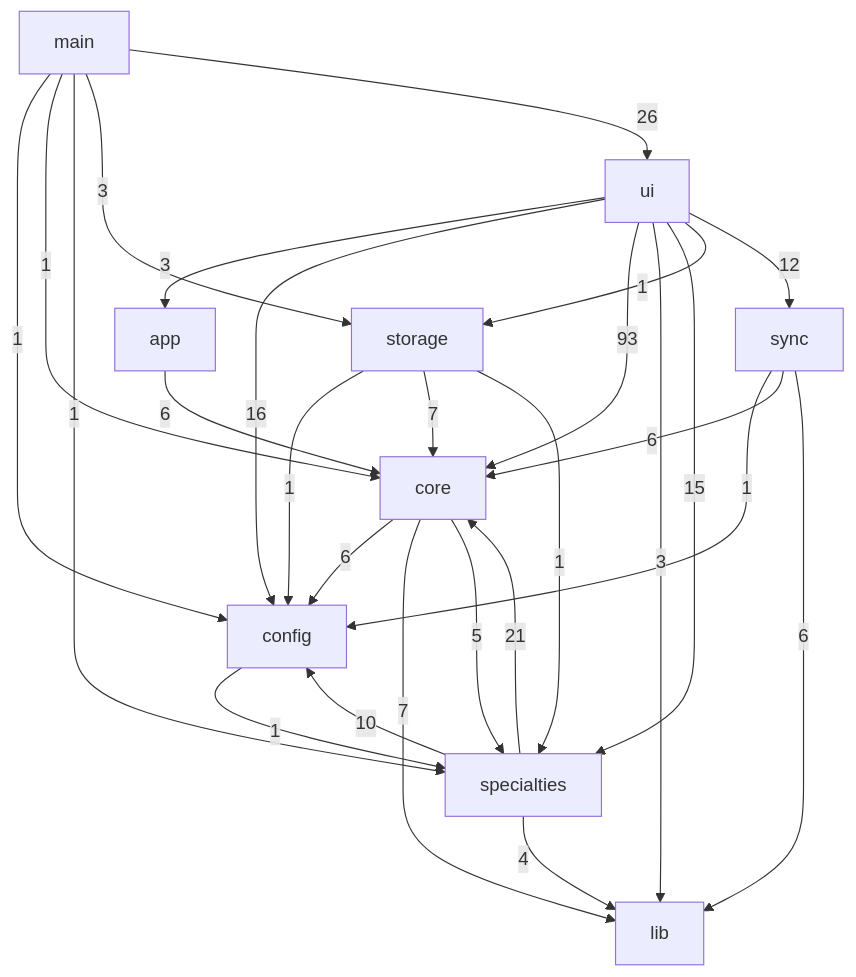
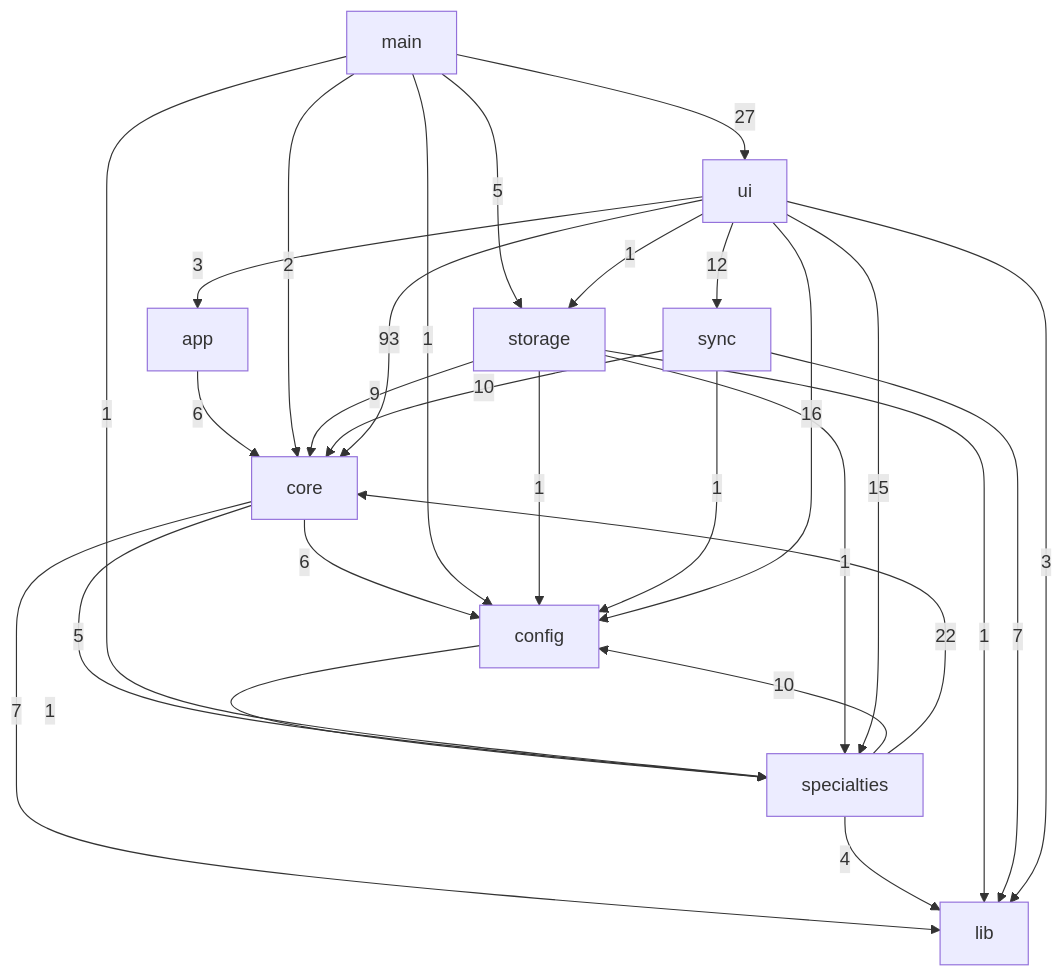
One commit to DanielOpazoD/rondahhroftalmologia changed the diagram in docs/DEPENDENCIAS.md. Above: the diagram before and after it, drawn with Mermaid. The commit also changed other lines of this file and 75 other files, not shown here.

````diff
--- a/docs/DEPENDENCIAS.md
+++ b/docs/DEPENDENCIAS.md
@@ -27,29 +27,30 @@
 ```mermaid
 flowchart TD
   app -->|6| core
   config -->|1| specialties
   core -->|6| config
   core -->|7| lib
   core -->|5| specialties
   main -->|1| config
-  main -->|1| core
+  main -->|2| core
   main -->|1| specialties
-  main -->|3| storage
-  main -->|26| ui
+  main -->|5| storage
+  main -->|27| ui
   specialties -->|10| config
-  specialties -->|21| core
+  specialties -->|22| core
   specialties -->|4| lib
   storage -->|1| config
-  storage -->|7| core
+  storage -->|9| core
+  storage -->|1| lib
   storage -->|1| specialties
   sync -->|1| config
-  sync -->|6| core
-  sync -->|6| lib
+  sync -->|10| core
+  sync -->|7| lib
   ui -->|3| app
   ui -->|16| config
   ui -->|93| core
   ui -->|3| lib
   ui -->|15| specialties
   ui -->|1| storage
   ui -->|12| sync
 ```
````
